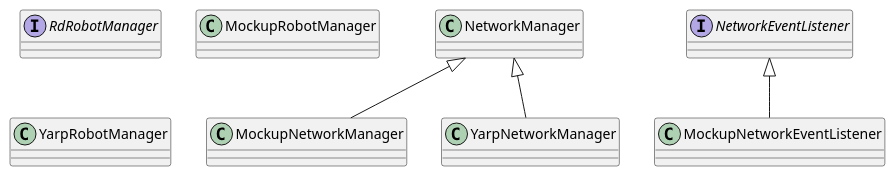
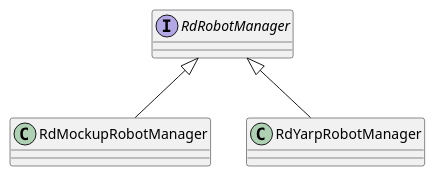
Before and after one commit to asrob-uc3m/robotDevastation-developer-manual: the diagram in en/robot-management.md, drawn with PlantUML.

Commit message:
Updates en/robot-management.md
Auto commit by GitBook Editor

```diff
--- a/en/robot-management.md
+++ b/en/robot-management.md
@@ -12,17 +12,9 @@
 {% plantuml %}
 interface RdRobotManager
 
-Class MockupRobotManager
-Class YarpRobotManager
+Class RdMockupRobotManager
+Class RdYarpRobotManager
 
-
-NetworkManager <|-- MockupNetworkManager
-
-NetworkManager <|-- YarpNetworkManager
-
-interface NetworkEventListener
-
-class MockupNetworkEventListener
-
-NetworkEventListener <|-- MockupNetworkEventListener
+RdRobotManager <|-- RdMockupRobotManager
+RdRobotManager <|-- RdYarpRobotManager
 {% endplantuml %}
```
